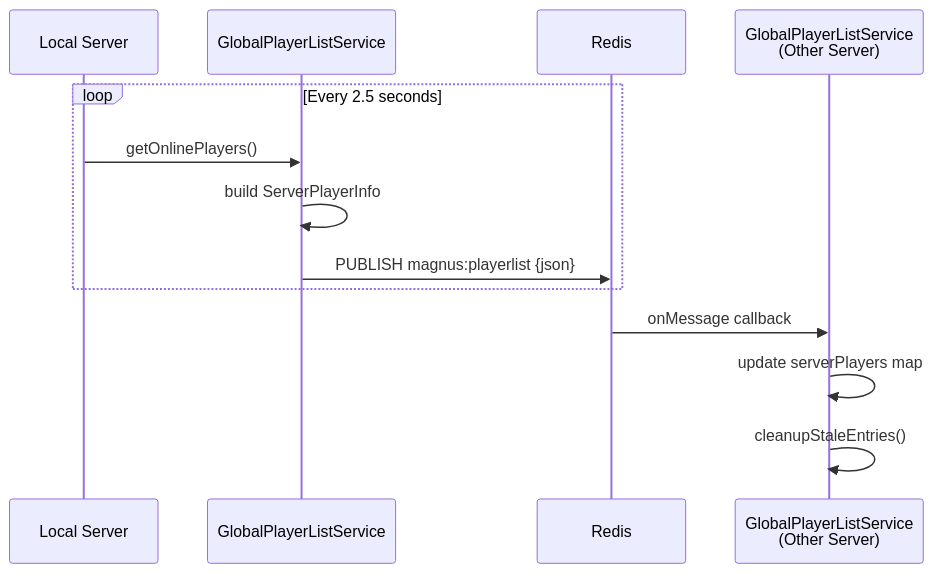
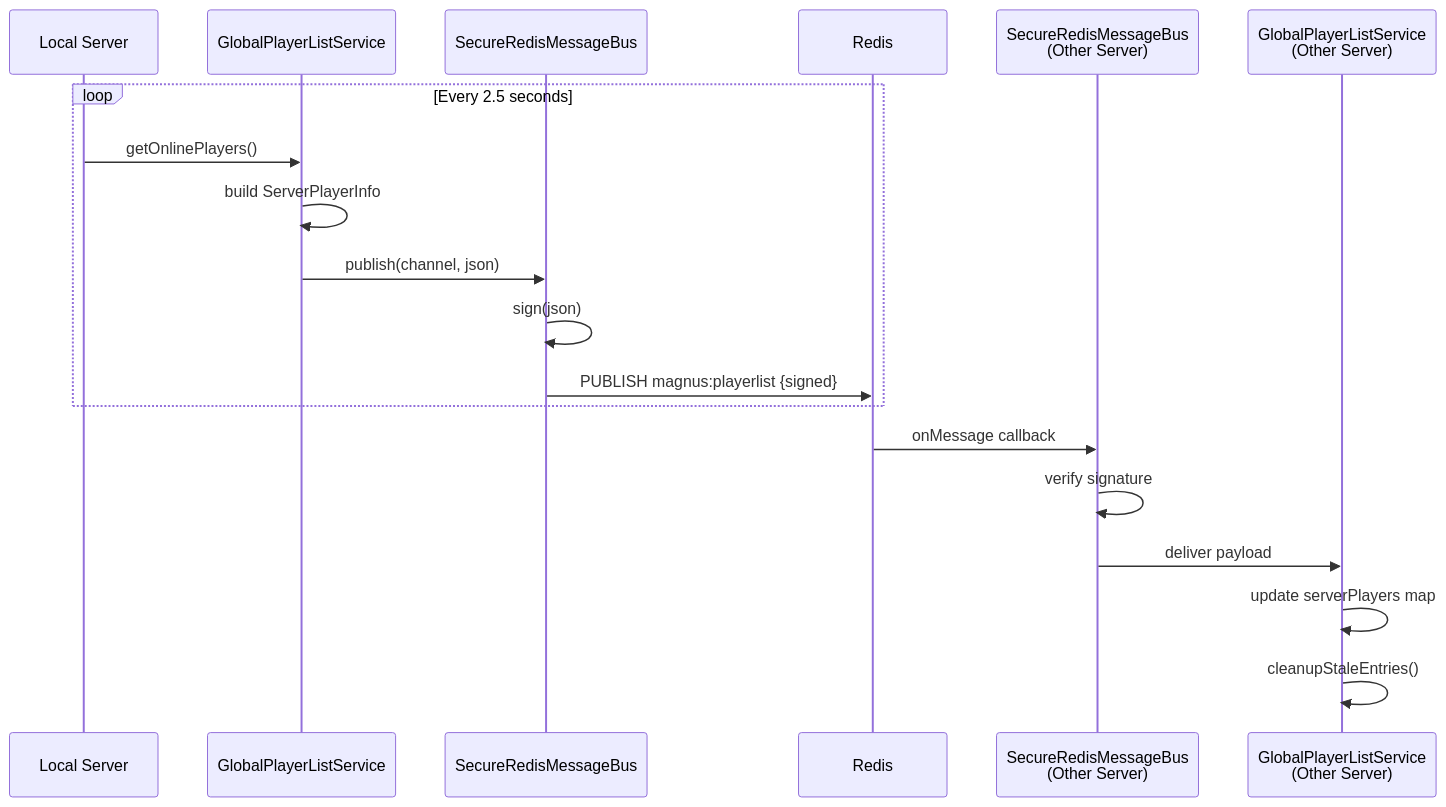
The second of 4 diagrams in docs/global_playerlist_flow.md (KroderDev/magnus-sync), drawn with Mermaid before and after one commit. The commit also changed other lines of this file and 1 other file, not shown here.

First line of the commit message:
docs: update flow diagrams to reflect security layer

````diff
--- a/docs/global_playerlist_flow.md
+++ b/docs/global_playerlist_flow.md
@@ -27,17 +29,23 @@
 ```mermaid
 sequenceDiagram
     participant Server as Local Server
     participant GPLS as GlobalPlayerListService
+    participant Bus as SecureRedisMessageBus
     participant Redis as Redis
+    participant Bus2 as SecureRedisMessageBus<br>(Other Server)
     participant GPLS2 as GlobalPlayerListService<br>(Other Server)
 
     loop Every 2.5 seconds
         Server->>GPLS: getOnlinePlayers()
         GPLS->>GPLS: build ServerPlayerInfo
-        GPLS->>Redis: PUBLISH magnus:playerlist {json}
+        GPLS->>Bus: publish(channel, json)
+        Bus->>Bus: sign(json)
+        Bus->>Redis: PUBLISH magnus:playerlist {signed}
     end
     
-    Redis->>GPLS2: onMessage callback
+    Redis->>Bus2: onMessage callback
+    Bus2->>Bus2: verify signature
+    Bus2->>GPLS2: deliver payload
     GPLS2->>GPLS2: update serverPlayers map
     GPLS2->>GPLS2: cleanupStaleEntries()
 ```
````
